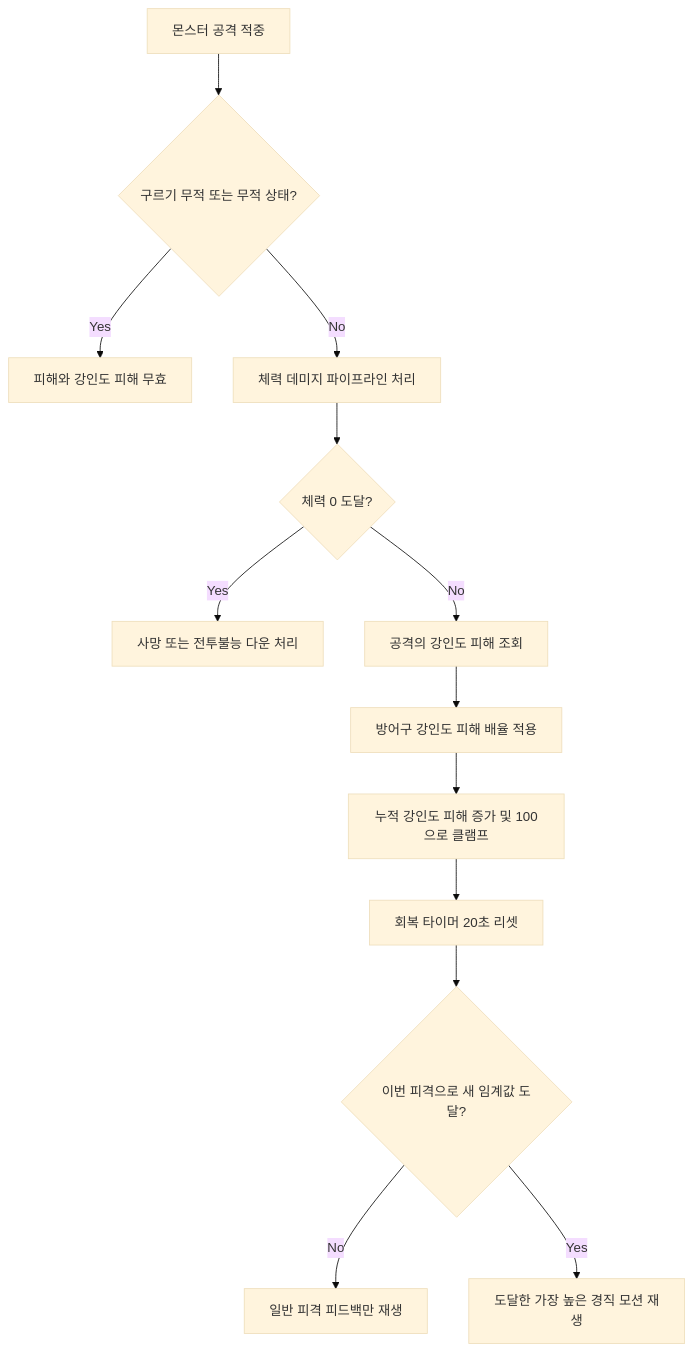
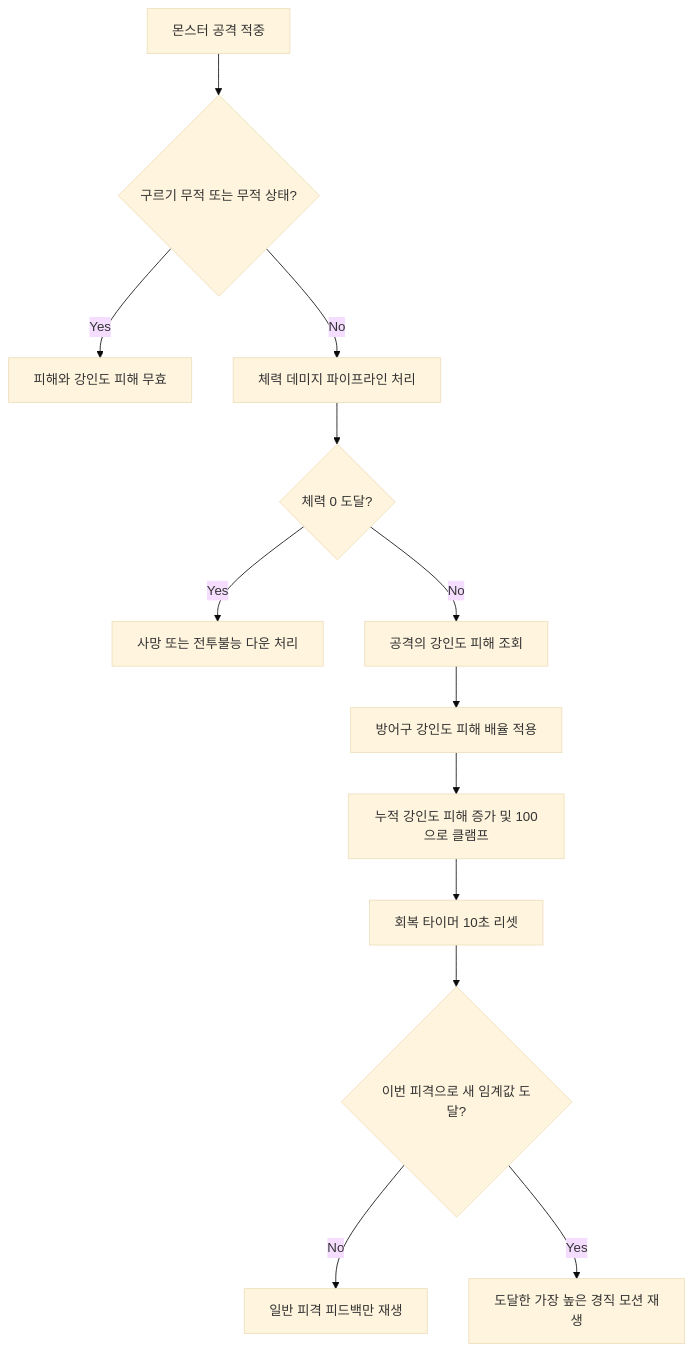
The diagram in Docs/[시스템 기획] 플레이어_강인도_경직.md (TeamApoc/ProjectR), drawn with Mermaid (base theme) before and after one commit. The commit also changed other lines of this file and 5 other files, not shown here.

````diff
--- a/Docs/[시스템 기획] 플레이어_강인도_경직.md
+++ b/Docs/[시스템 기획] 플레이어_강인도_경직.md
@@ -143,15 +143,15 @@
 ```mermaid
 flowchart TD
     A[몬스터 공격 적중] --> B{구르기 무적 또는 무적 상태?}
     B -->|Yes| C[피해와 강인도 피해 무효]
     B -->|No| D[체력 데미지 파이프라인 처리]
     D --> E{체력 0 도달?}
     E -->|Yes| F[사망 또는 전투불능 다운 처리]
     E -->|No| G[공격의 강인도 피해 조회]
     G --> H[방어구 강인도 피해 배율 적용]
     H --> I[누적 강인도 피해 증가 및 100으로 클램프]
-    I --> J[회복 타이머 20초 리셋]
+    I --> J[회복 타이머 10초 리셋]
     J --> K{이번 피격으로 새 임계값 도달?}
     K -->|No| L[일반 피격 피드백만 재생]
     K -->|Yes| M[도달한 가장 높은 경직 모션 재생]
 ```
````
